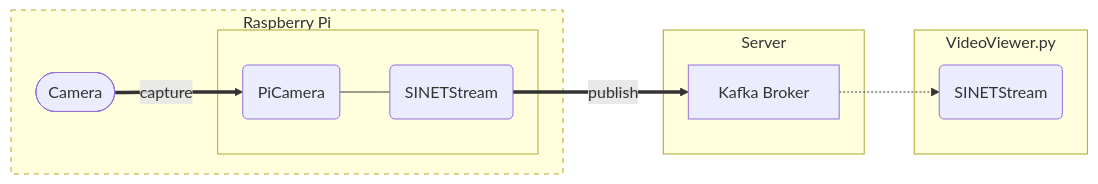
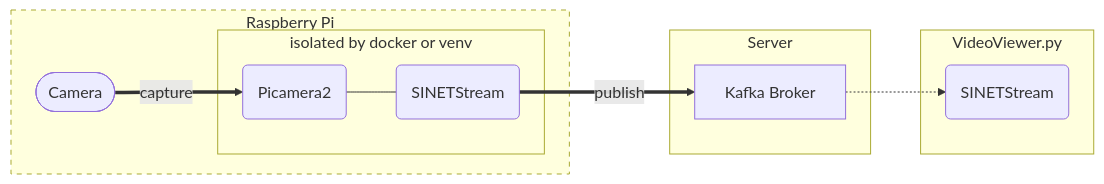
The diagram in VideoStreaming/Sensor/README.md (nii-gakunin-cloud/sinetstream-demo), drawn with Mermaid before and after one commit. The commit also changed other lines of this file and 80 other files, not shown here.

````diff
--- a/VideoStreaming/Sensor/README.md
+++ b/VideoStreaming/Sensor/README.md
@@ -5,18 +5,19 @@
 ```mermaid
 flowchart LR
   subgraph R[Raspberry Pi]
-    subgraph C[" "]
-      PC(PiCamera)
+    subgraph C["isolated by docker or venv"]
+      PC(Picamera2)
       SS(SINETStream)
     end
     V([Camera])
   end
   subgraph SRV[Server]
     B[Kafka Broker]
   end
   subgraph VV["VideoViewer.py"]
     RD(SINETStream)
   end
   V==>|capture|PC---SS==>|publish|B-.->RD
+
   style R stroke-dasharray: 5 5
 ```
````
